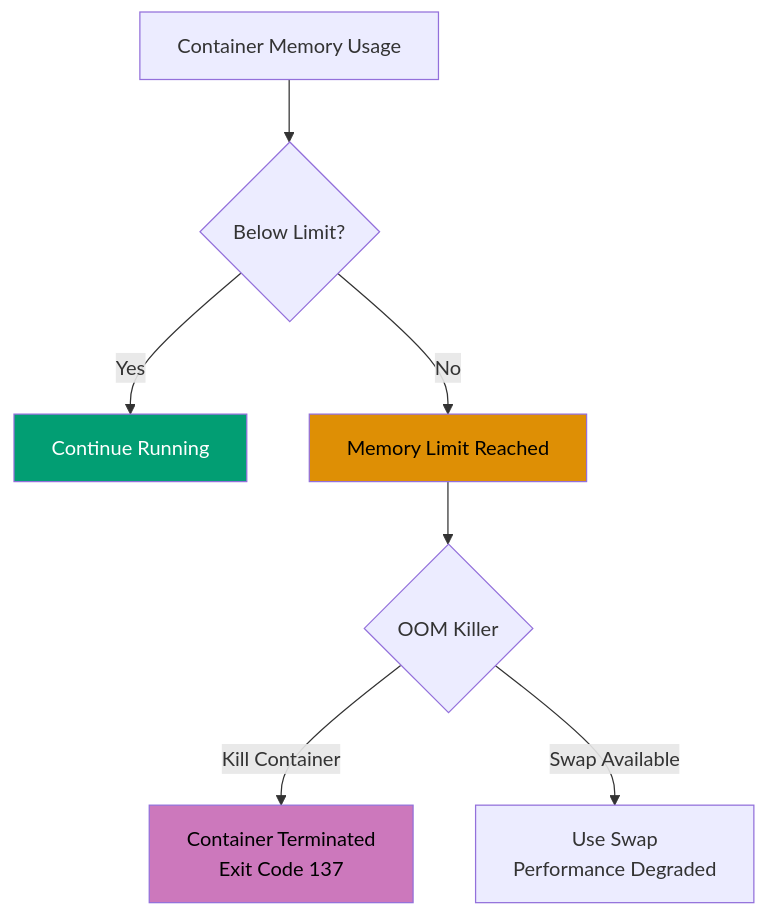
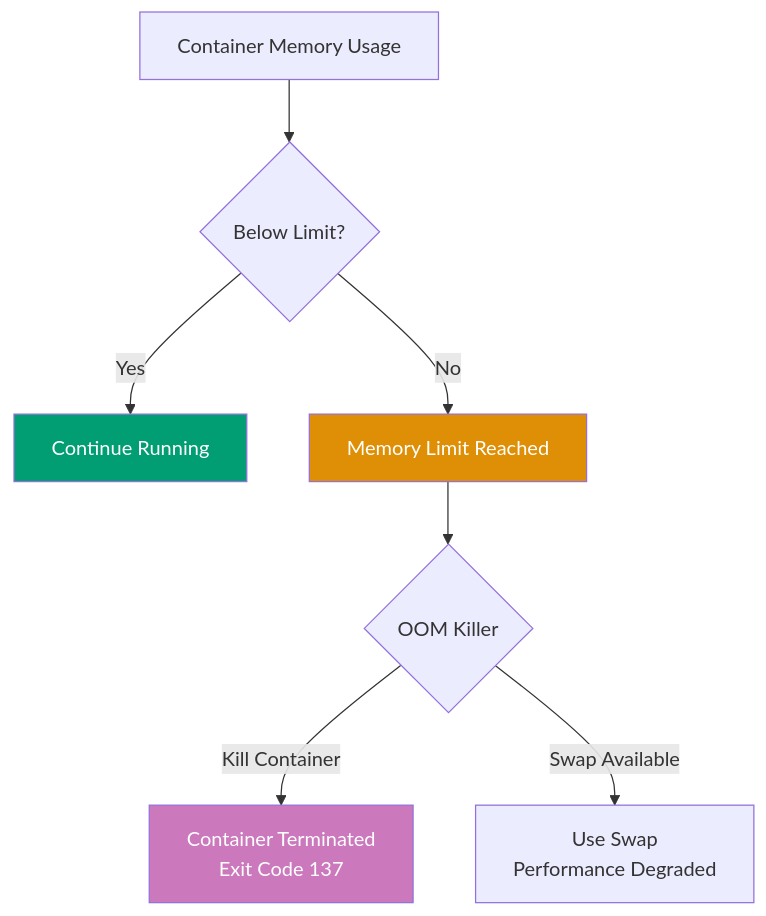
Before and after one commit to wahidyankf/open-sharia-enterprise: the eighth of 11 diagrams in apps/ayokoding-web/content/en/learn/software-engineering/infrastructure/tools/docker/by-example/intermediate.md, drawn with Mermaid. The commit also changed other lines of this file and 61 other files, not shown here.

First line of the commit message:
fix(ayokoding-web): quote Mermaid node labels with special characters in Example 63

````diff
--- a/apps/ayokoding-web/content/en/learn/software-engineering/infrastructure/tools/docker/by-example/intermediate.md
+++ b/apps/ayokoding-web/content/en/learn/software-engineering/infrastructure/tools/docker/by-example/intermediate.md
@@ -1238,13 +1238,13 @@
 ```mermaid
 graph TD
     A["Container Memory Usage"] --> B{Below Limit?}
     B -->|Yes| C["Continue Running"]
     B -->|No| D["Memory Limit Reached"]
     D --> E{OOM Killer}
     E -->|Kill Container| F["Container Terminated<br/>Exit Code 137"]
     E -->|Swap Available| G["Use Swap<br/>Performance Degraded"]
 
     style C fill:#029E73,color:#fff
-    style D fill:#DE8F05,color:#000
-    style F fill:#CC78BC,color:#000
+    style D fill:#DE8F05,color:#fff
+    style F fill:#CC78BC,color:#fff
 ```
````
